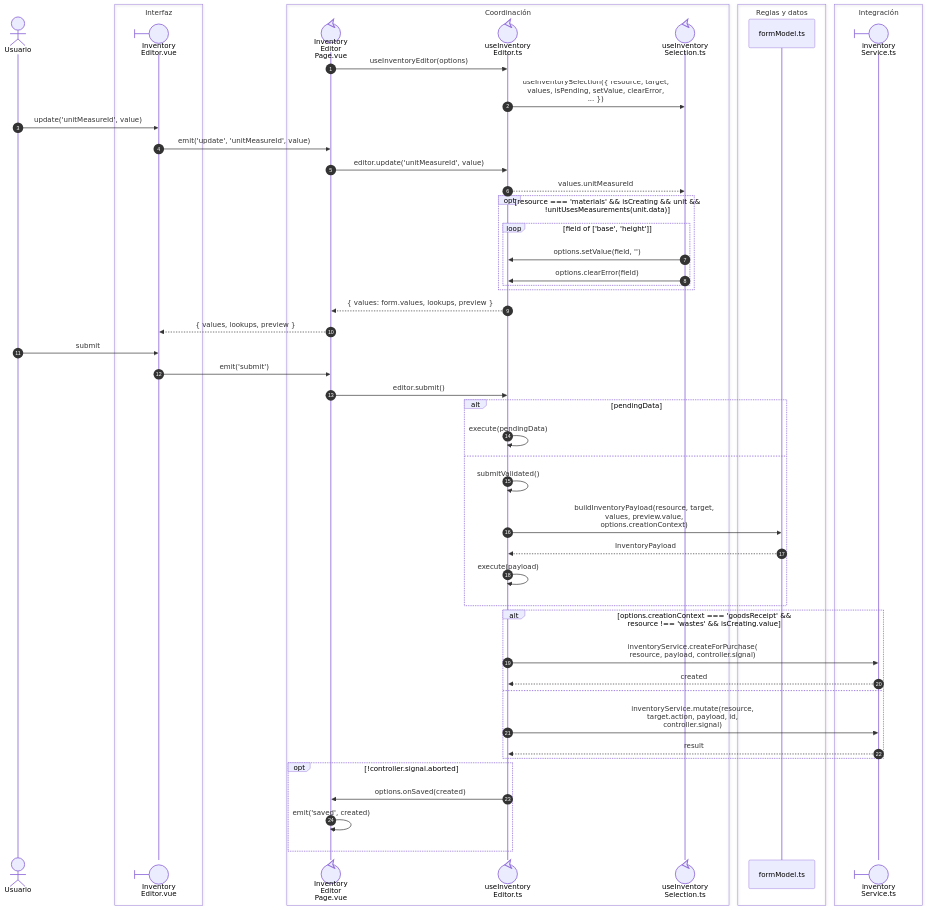
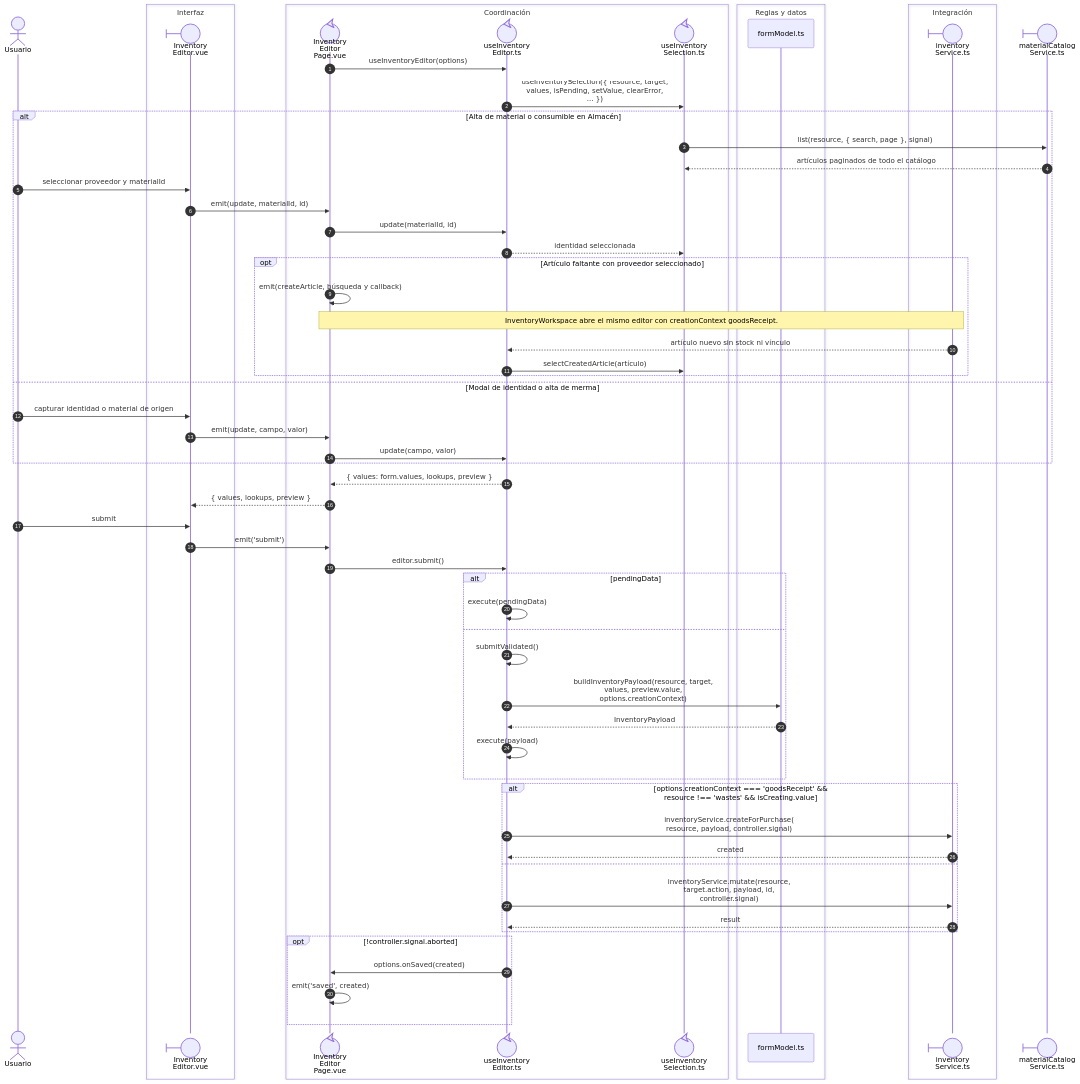
One commit to gpgsistemas01/nexus changed the diagram in front/docs/architecture/views/processes/05-warehouse/01-inventory-selection-write.md. Above: the diagram before and after it, drawn with Mermaid. The commit also changed other lines of this file and 89 other files, not shown here.

Commit message:
feat: manage material catalog and reuse inventory registration flows

````diff
--- a/front/docs/architecture/views/processes/05-warehouse/01-inventory-selection-write.md
+++ b/front/docs/architecture/views/processes/05-warehouse/01-inventory-selection-write.md
@@ -9,55 +9,64 @@
 ```mermaid
 sequenceDiagram
     autonumber
     actor U as Usuario
     box Interfaz
     participant Form@{ "type": "boundary" } as Inventory<br/>Editor.vue
     end
     box Coordinación
     participant Page@{ "type": "control" } as Inventory<br/>Editor<br/>Page.vue
     participant Editor@{ "type": "control" } as useInventory<br/>Editor.ts
     participant Selection@{ "type": "control" } as useInventory<br/>Selection.ts
     end
     box Reglas y datos
     participant Model as formModel.ts
     end
     box Integración
     participant Service@{ "type": "boundary" } as inventory<br/>Service.ts
     end
+    participant Catalog@{ "type": "boundary" } as materialCatalog<br/>Service.ts
     Page->>Editor: nowrap: useInventoryEditor(options)
     Editor->>Selection: nowrap: useInventorySelection({ resource, target,<br/>values, isPending, setValue, clearError,<br/>... })
-    U->>Form: nowrap: update('unitMeasureId', value)
-    Form->>Page: nowrap: emit('update', 'unitMeasureId', value)
-    Page->>Editor: nowrap: editor.update('unitMeasureId', value)
-    Editor-->>Selection: nowrap: values.unitMeasureId
-    opt nowrap: resource === 'materials' && isCreating && unit &&<br/>!unitUsesMeasurements(unit.data)
-        loop nowrap: field of ['base', 'height']
-            Selection->>Editor: nowrap: options.setValue(field, '')
-            Selection->>Editor: nowrap: options.clearError(field)
+    alt Alta de material o consumible en Almacén
+        Selection->>Catalog: list(resource, { search, page }, signal)
+        Catalog-->>Selection: artículos paginados de todo el catálogo
+        U->>Form: seleccionar proveedor y materialId
+        Form->>Page: emit(update, materialId, id)
+        Page->>Editor: update(materialId, id)
+        Editor-->>Selection: identidad seleccionada
+        opt Artículo faltante con proveedor seleccionado
+            Page->>Page: emit(createArticle, búsqueda y callback)
+            Note over Page,Service: InventoryWorkspace abre el mismo editor con creationContext goodsReceipt.
+            Service-->>Editor: artículo nuevo sin stock ni vínculo
+            Editor->>Selection: selectCreatedArticle(artículo)
         end
+    else Modal de identidad o alta de merma
+        U->>Form: capturar identidad o material de origen
+        Form->>Page: emit(update, campo, valor)
+        Page->>Editor: update(campo, valor)
     end
     Editor-->>Page: nowrap: { values: form.values, lookups, preview }
     Page-->>Form: nowrap: { values, lookups, preview }
     U->>Form: nowrap: submit
     Form->>Page: nowrap: emit('submit')
     Page->>Editor: nowrap: editor.submit()
     alt nowrap: pendingData
         Editor->>Editor: nowrap: execute(pendingData)
     else
         Editor->>Editor: nowrap: submitValidated()
         Editor->>Model: nowrap: buildInventoryPayload(resource, target,<br/>values, preview.value,<br/>options.creationContext)
         Model-->>Editor: nowrap: InventoryPayload
         Editor->>Editor: nowrap: execute(payload)
     end
     alt nowrap: options.creationContext === 'goodsReceipt' &&<br/>resource !== 'wastes' && isCreating.value
         Editor->>Service: nowrap: inventoryService.createForPurchase(<br/>resource, payload, controller.signal)
         Service-->>Editor: nowrap: created
     else
         Editor->>Service: nowrap: inventoryService.mutate(resource,<br/>target.action, payload, id,<br/>controller.signal)
         Service-->>Editor: nowrap: result
     end
     opt nowrap: !controller.signal.aborted
         Editor->>Page: nowrap: options.onSaved(created)
         Page->>Page: nowrap: emit('saved', created)
     end
 ```
````
